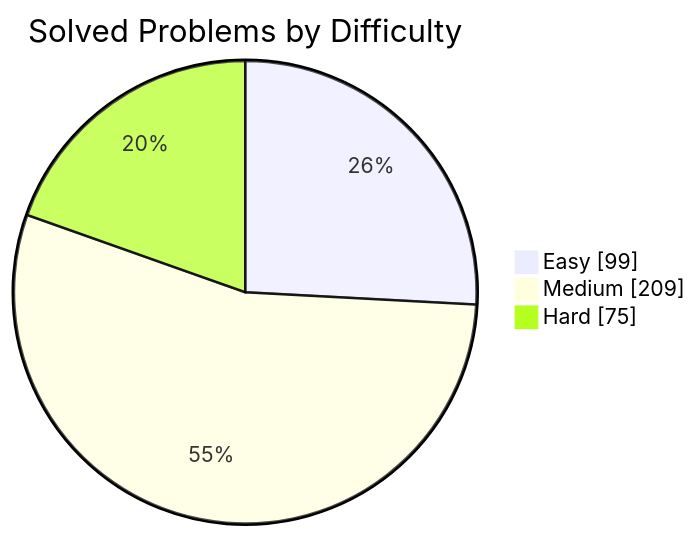
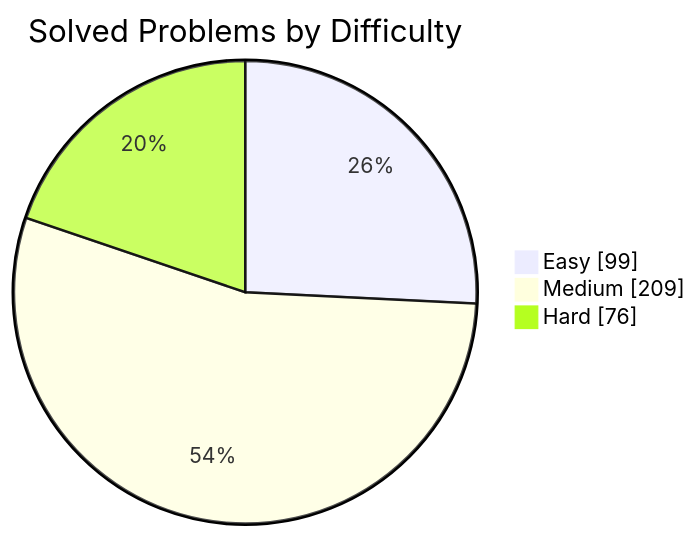
Before and after one commit to manikantbindass/DSA-Preparation-FAANG: the first of 2 diagrams in README.md, drawn with Mermaid. The commit also changed other lines of this file and 1 other file, not shown here.

````diff
--- a/README.md
+++ b/README.md
@@ -77,7 +77,7 @@
 ```mermaid
 pie showData
     title Solved Problems by Difficulty
     "Easy" : 99
     "Medium" : 209
-    "Hard" : 75
+    "Hard" : 76
 ```
````
